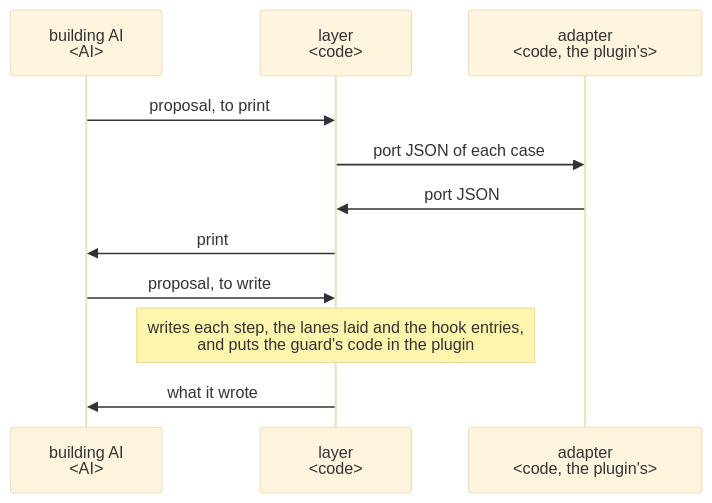
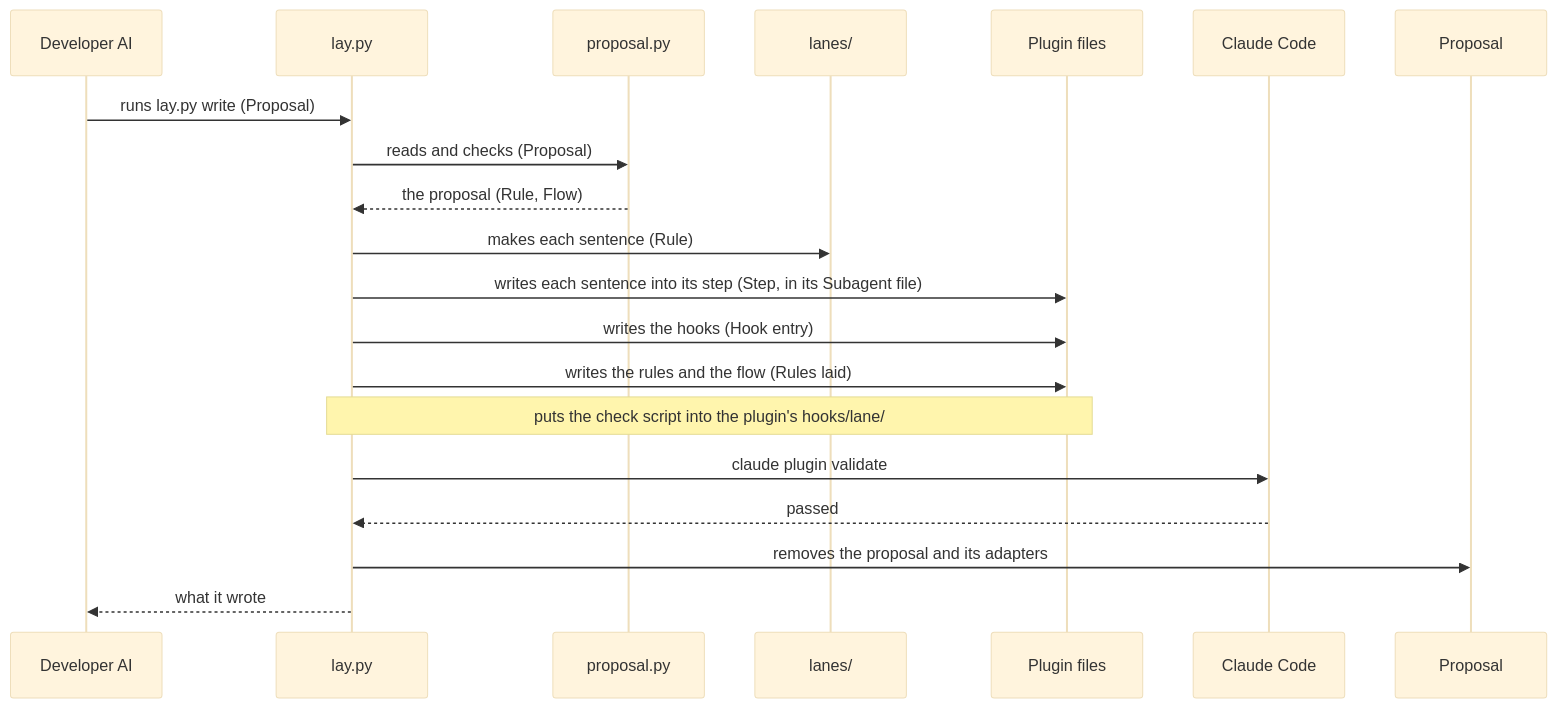
Before and after one commit to lovaizu/ccpm: the second of 7 diagrams in dev/lane/architecture.md, drawn with Mermaid (base theme). The commit also changed other lines of this file and 3 other files, not shown here.

First line of the commit message:
Rewrite lane's architecture on its template and the new UX

````diff
--- a/dev/lane/architecture.md
+++ b/dev/lane/architecture.md
@@ -201,13 +238,22 @@
 ```mermaid
 sequenceDiagram
-  participant A as building AI<br/>#lt;AI#gt;
-  participant L as layer<br/>#lt;code#gt;
-  participant D as adapter<br/>#lt;code, the plugin's#gt;
-  A->>L: proposal, to print
-  L->>D: port JSON of each case
-  D->>L: port JSON
-  L->>A: print
-  A->>L: proposal, to write
-  Note over L: writes each step, the lanes laid and the hook entries,<br/>and puts the guard's code in the plugin
-  L->>A: what it wrote
+  participant DA as Developer AI
+  participant L as lay.py
+  participant P as proposal.py
+  participant LN as lanes/
+  participant PF as Plugin files
+  participant CC as Claude Code
+  participant PR as Proposal
+  DA->>L: runs lay.py write (Proposal)
+  L->>P: reads and checks (Proposal)
+  P-->>L: the proposal (Rule, Flow)
+  L->>LN: makes each sentence (Rule)
+  L->>PF: writes each sentence into its step (Step, in its Subagent file)
+  L->>PF: writes the hooks (Hook entry)
+  L->>PF: writes the rules and the flow (Rules laid)
+  Note over L,PF: puts the check script into the plugin's hooks/lane/
+  L->>CC: claude plugin validate
+  CC-->>L: passed
+  L->>PR: removes the proposal and its adapters
+  L-->>DA: what it wrote
 ```
````
